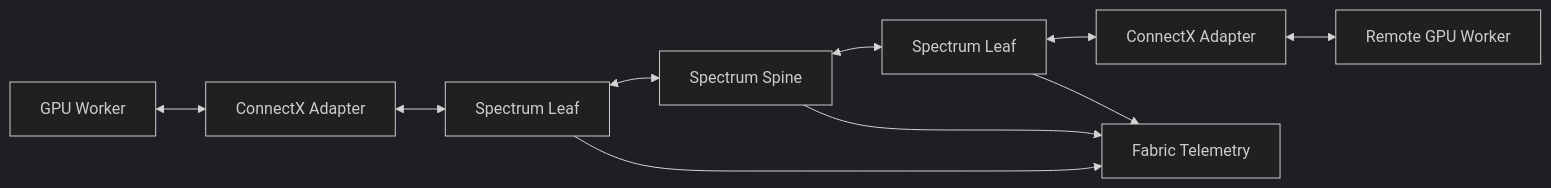
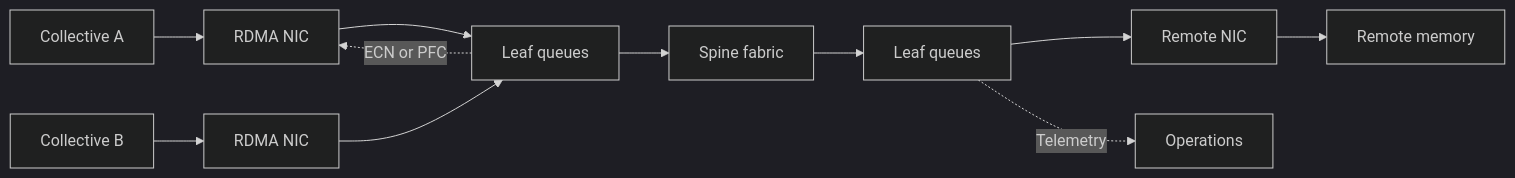
The first of 2 diagrams in docs/nvidia-zero-to-hero/volume-09/index.md (jithinpnjm/nvidia-devops), drawn with Mermaid (dark theme) before and after one commit. The commit also changed other lines of this file, not shown here.

````diff
--- a/docs/nvidia-zero-to-hero/volume-09/index.md
+++ b/docs/nvidia-zero-to-hero/volume-09/index.md
@@ -28,16 +55,13 @@
 ```mermaid
 flowchart LR
-    GPU0[GPU Worker]
-    NIC0[ConnectX Adapter]
-    Leaf0[Spectrum Leaf]
-    Spine[Spectrum Spine]
-    Leaf1[Spectrum Leaf]
-    NIC1[ConnectX Adapter]
-    GPU1[Remote GPU Worker]
-    Telemetry[Fabric Telemetry]
-
-    GPU0 <--> NIC0 <--> Leaf0 <--> Spine <--> Leaf1 <--> NIC1 <--> GPU1
-    Leaf0 --> Telemetry
-    Spine --> Telemetry
-    Leaf1 --> Telemetry
+    AppA[Collective A] --> NIC1[RDMA NIC]
+    AppB[Collective B] --> NIC2[RDMA NIC]
+    NIC1 --> Leaf1[Leaf queues]
+    NIC2 --> Leaf1
+    Leaf1 --> Spine[Spine fabric]
+    Spine --> Leaf2[Leaf queues]
+    Leaf2 --> NIC3[Remote NIC]
+    NIC3 --> GPU[Remote memory]
+    Leaf1 -. ECN or PFC .-> NIC1
+    Leaf2 -. Telemetry .-> Ops[Operations]
 ```
````
